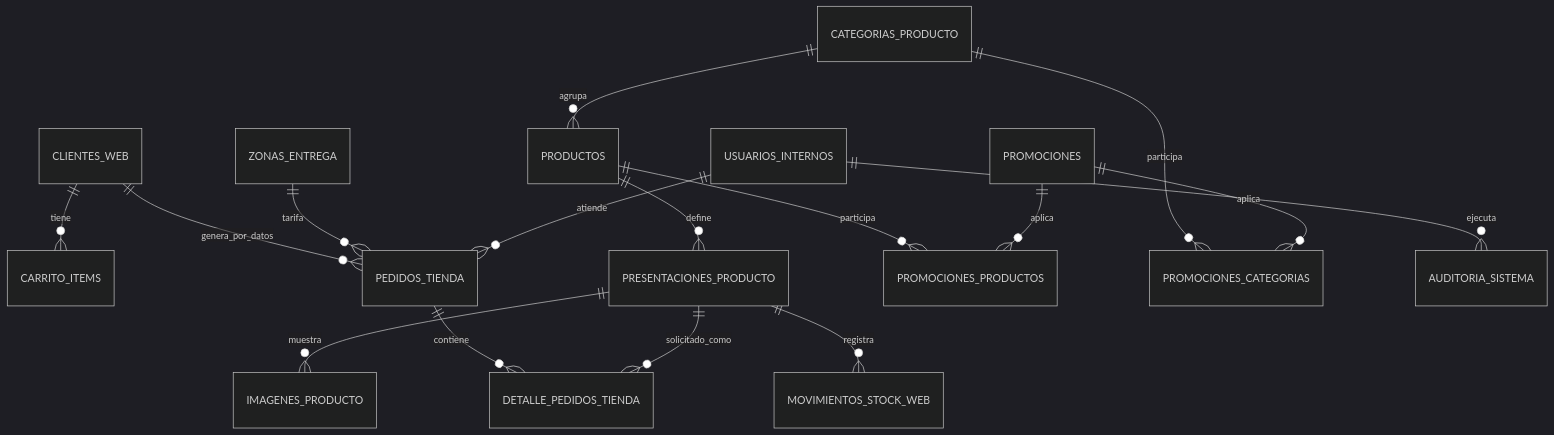
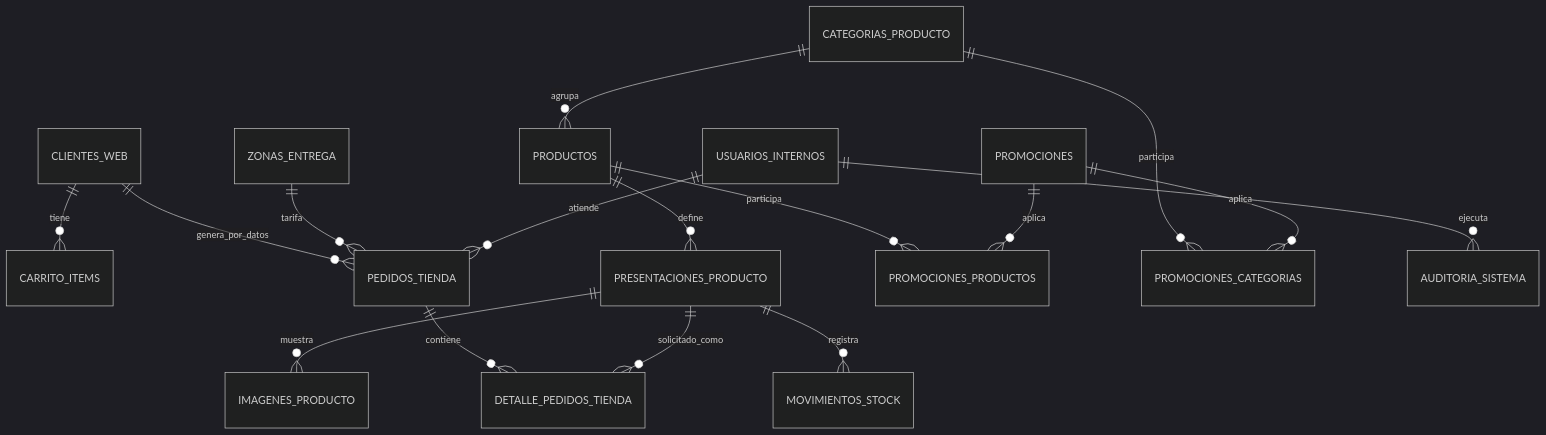
One commit to georgeelimelec-byte/tienda_km2 changed the third of 4 diagrams in outputs/architecture_docs/ARQUITECTURA_Y_DIAGRAMAS.md. Above: the diagram before and after it, drawn with Mermaid (dark theme). The commit also changed other lines of this file and 58 other files, not shown here.

````diff
--- a/outputs/architecture_docs/ARQUITECTURA_Y_DIAGRAMAS.md
+++ b/outputs/architecture_docs/ARQUITECTURA_Y_DIAGRAMAS.md
@@ -48,18 +51,18 @@
 ```mermaid
 erDiagram
     CLIENTES_WEB ||--o{ CARRITO_ITEMS : tiene
     CLIENTES_WEB ||--o{ PEDIDOS_TIENDA : genera_por_datos
     PEDIDOS_TIENDA ||--o{ DETALLE_PEDIDOS_TIENDA : contiene
     PRODUCTOS ||--o{ PRESENTACIONES_PRODUCTO : define
     PRESENTACIONES_PRODUCTO ||--o{ IMAGENES_PRODUCTO : muestra
     PRESENTACIONES_PRODUCTO ||--o{ DETALLE_PEDIDOS_TIENDA : solicitado_como
-    PRESENTACIONES_PRODUCTO ||--o{ MOVIMIENTOS_STOCK_WEB : registra
+    PRESENTACIONES_PRODUCTO ||--o{ MOVIMIENTOS_STOCK : registra
     PRODUCTOS ||--o{ PROMOCIONES_PRODUCTOS : participa
     CATEGORIAS_PRODUCTO ||--o{ PROMOCIONES_CATEGORIAS : participa
     PROMOCIONES ||--o{ PROMOCIONES_PRODUCTOS : aplica
     PROMOCIONES ||--o{ PROMOCIONES_CATEGORIAS : aplica
     CATEGORIAS_PRODUCTO ||--o{ PRODUCTOS : agrupa
     ZONAS_ENTREGA ||--o{ PEDIDOS_TIENDA : tarifa
     USUARIOS_INTERNOS ||--o{ PEDIDOS_TIENDA : atiende
     USUARIOS_INTERNOS ||--o{ AUDITORIA_SISTEMA : ejecuta
 ```
````
